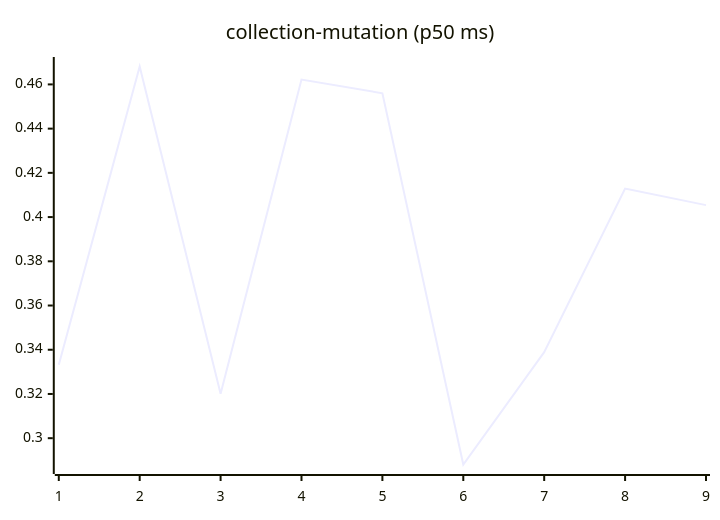
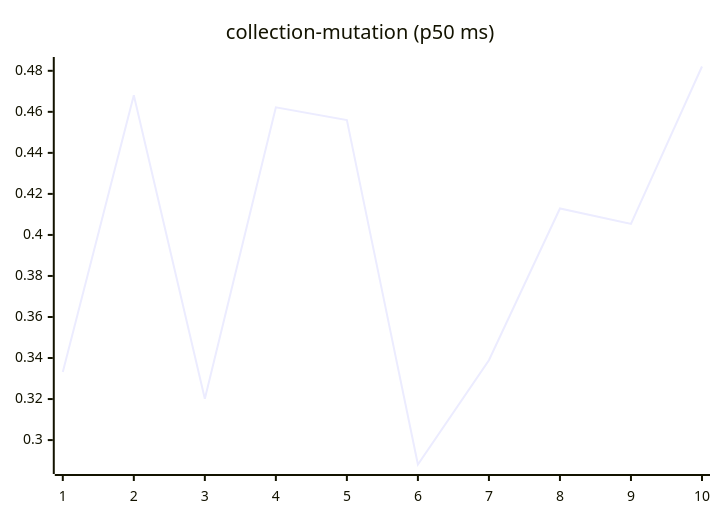
The sixth of 27 diagrams in README.md (josha/Facet), drawn with Mermaid before and after one commit. The commit also changed other lines of this file and 2 other files, not shown here.

````diff
--- a/README.md
+++ b/README.md
@@ -98,6 +98,6 @@
 ```mermaid
 xychart-beta
     title "collection-mutation (p50 ms)"
-    x-axis 1 --> 9
-    line [0.3332, 0.4681, 0.3201, 0.4622, 0.4560, 0.2881, 0.3389, 0.4129, 0.4054]
+    x-axis 1 --> 10
+    line [0.3332, 0.4681, 0.3201, 0.4622, 0.4560, 0.2881, 0.3389, 0.4129, 0.4054, 0.4821]
 ```
````
